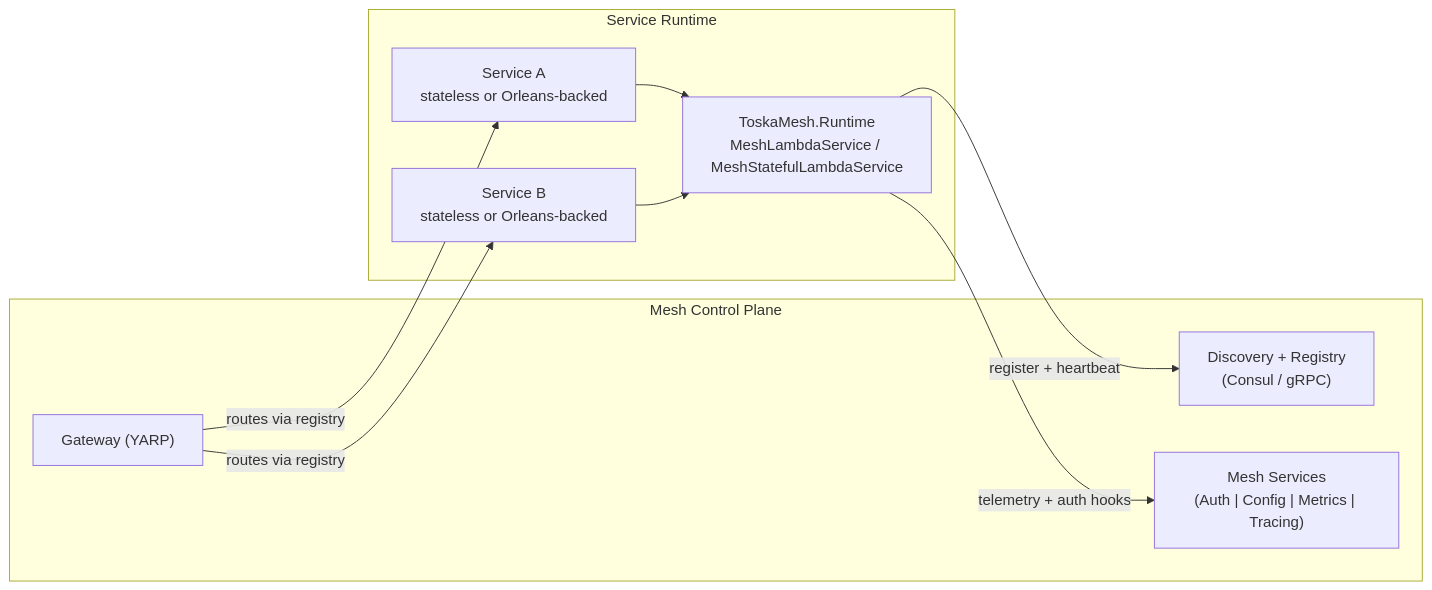
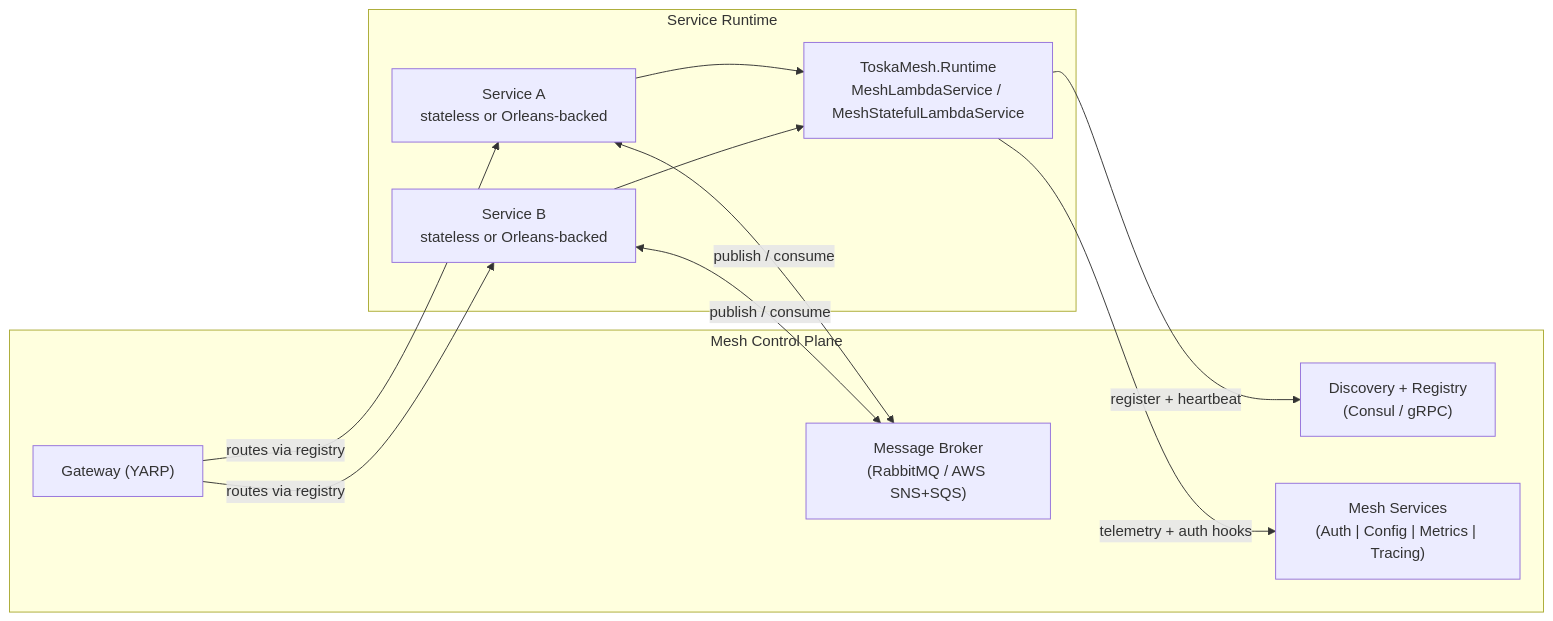
Before and after one commit to abstractivemachines/toska-mesh-cs: the first of 3 diagrams in README.md, drawn with Mermaid. The commit also changed other lines of this file, not shown here.

````diff
--- a/README.md
+++ b/README.md
@@ -44,21 +47,24 @@
 ```mermaid
 flowchart LR
     subgraph Mesh Control Plane
         Gateway["Gateway (YARP)"]
         Discovery["Discovery + Registry\n(Consul / gRPC)"]
         Ops["Mesh Services\n(Auth | Config | Metrics | Tracing)"]
+        Broker["Message Broker\n(RabbitMQ / AWS SNS+SQS)"]
     end
 
     subgraph Service Runtime
         ServiceA[Service A\nstateless or Orleans-backed]
         ServiceB[Service B\nstateless or Orleans-backed]
         Runtime[ToskaMesh.Runtime\nMeshLambdaService / MeshStatefulLambdaService]
     end
 
     ServiceA --> Runtime
     ServiceB --> Runtime
     Runtime -->|register + heartbeat| Discovery
     Gateway -->|routes via registry| ServiceA
     Gateway -->|routes via registry| ServiceB
     Runtime -->|telemetry + auth hooks| Ops
+    ServiceA <-->|publish / consume| Broker
+    ServiceB <-->|publish / consume| Broker
 ```
````
